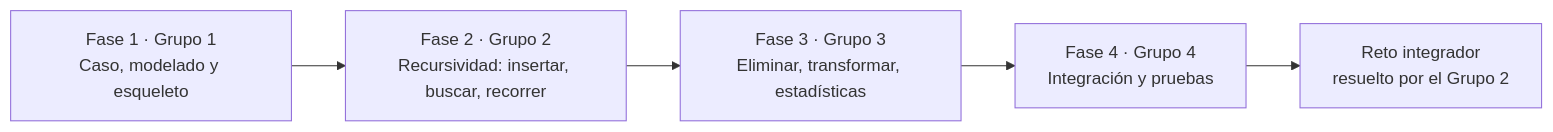
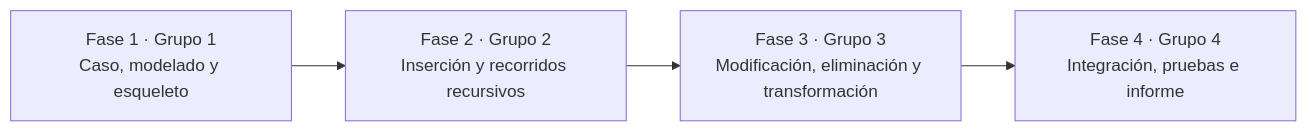
The diagram in COLABORACION.md (Damienq7w/APE3-Arboles-Integrado), drawn with Mermaid before and after one commit. The commit also changed other lines of this file and 68 other files, not shown here.

First line of the commit message:
Usa como src el SJA-UTA terminado en la Fase 4 y deja el reto fuera del APE

````diff
--- a/COLABORACION.md
+++ b/COLABORACION.md
@@ -5,7 +5,6 @@
 ```mermaid
 flowchart LR
-    F1["Fase 1 · Grupo 1<br/>Caso, modelado y esqueleto"] --> F2["Fase 2 · Grupo 2<br/>Recursividad: insertar, buscar, recorrer"]
-    F2 --> F3["Fase 3 · Grupo 3<br/>Eliminar, transformar, estadísticas"]
-    F3 --> F4["Fase 4 · Grupo 4<br/>Integración y pruebas"]
-    F4 --> R["Reto integrador<br/>resuelto por el Grupo 2"]
+    F1["Fase 1 · Grupo 1<br/>Caso, modelado y esqueleto"] --> F2["Fase 2 · Grupo 2<br/>Inserción y recorridos recursivos"]
+    F2 --> F3["Fase 3 · Grupo 3<br/>Modificación, eliminación y transformación"]
+    F3 --> F4["Fase 4 · Grupo 4<br/>Integración, pruebas e informe"]
 ```
````
